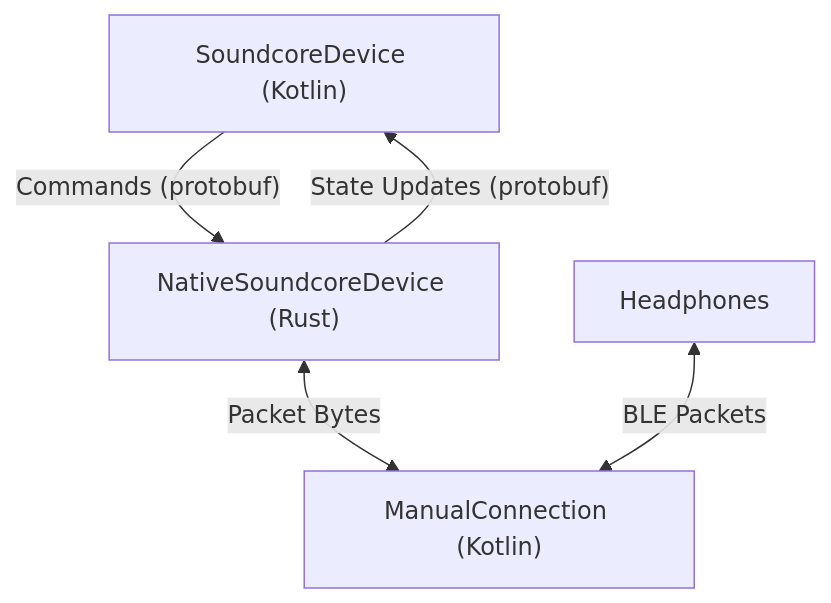
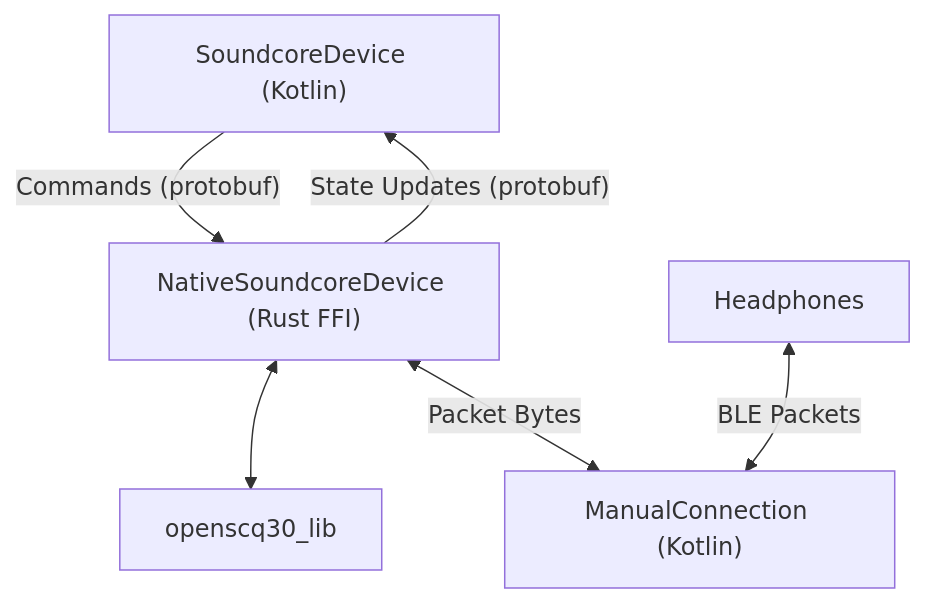
Before and after one commit to Oppzippy/OpenSCQ30: the diagram in docs/architecture.md, drawn with Mermaid.

Commit message:
docs(architecture): add openscq30_lib to android diagram

````diff
--- a/docs/architecture.md
+++ b/docs/architecture.md
@@ -19,12 +19,14 @@
 ```mermaid
 flowchart TD
     SoundcoreDevice["SoundcoreDevice (Kotlin)"]
-    NativeSoundcoreDevice["NativeSoundcoreDevice (Rust)"]
+    NativeSoundcoreDevice["NativeSoundcoreDevice (Rust FFI)"]
+    openscq30_lib
     ManualConnection["ManualConnection (Kotlin)"]
     Headphones
 
     SoundcoreDevice-- Commands (protobuf) -->NativeSoundcoreDevice
+    NativeSoundcoreDevice<-->openscq30_lib
     NativeSoundcoreDevice-- State Updates (protobuf) -->SoundcoreDevice
     NativeSoundcoreDevice<-- Packet Bytes -->ManualConnection
     Headphones<-- BLE Packets -->ManualConnection
 ```
````
